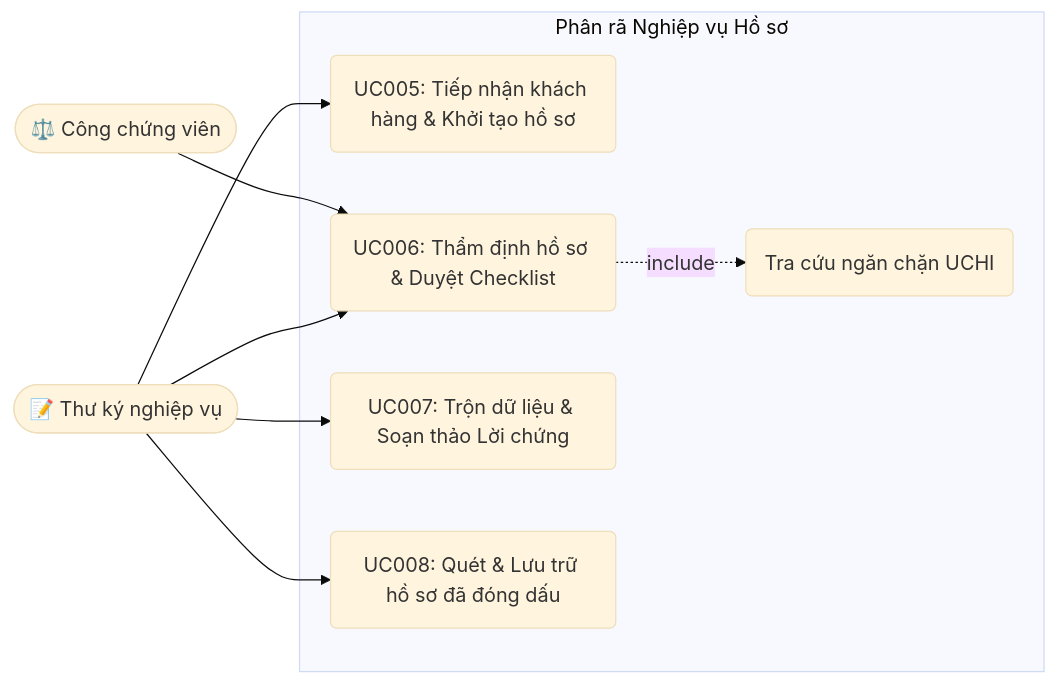
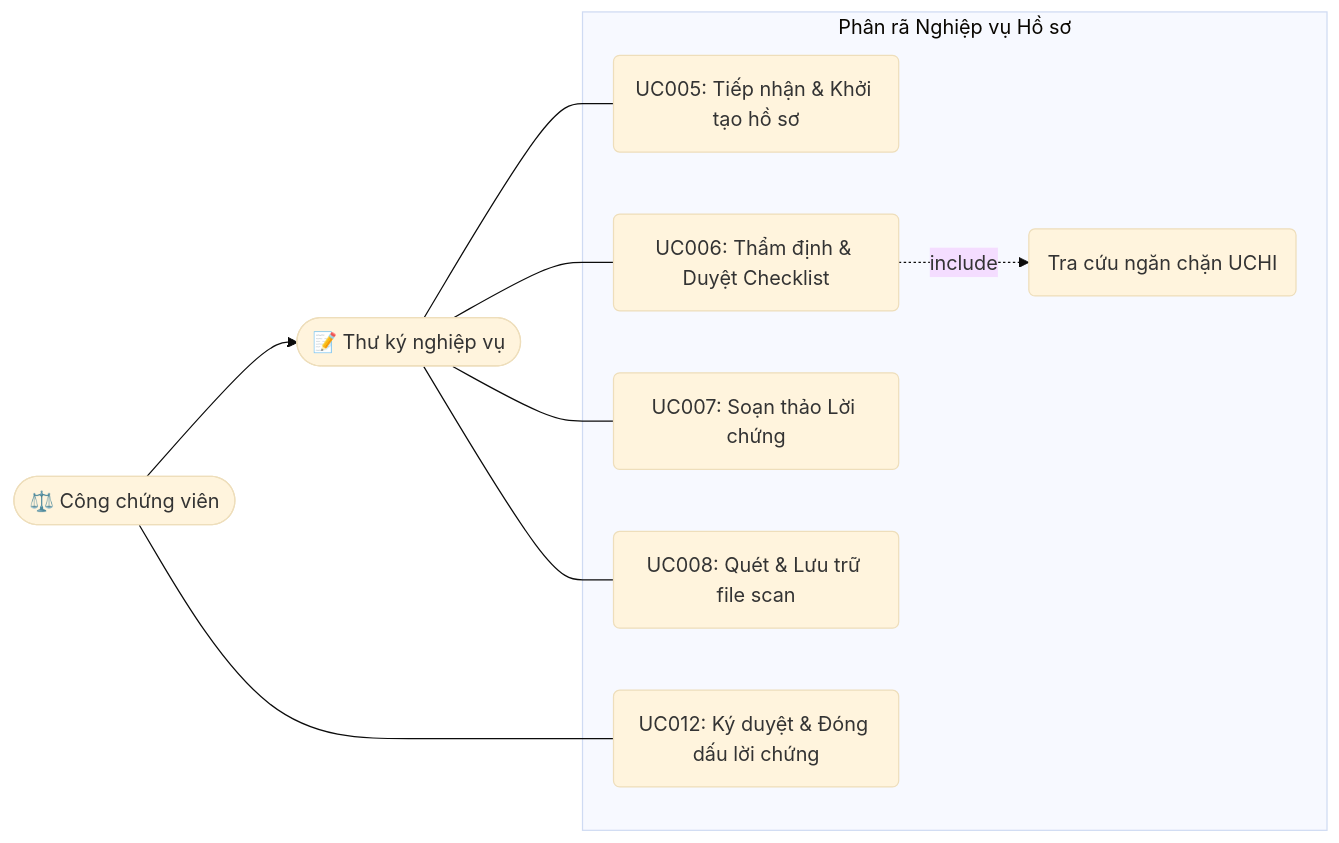
One commit to MinhHoang22/SRS_VPCC changed the third of 4 diagrams in docs/SRS_VPCC.md. Above: the diagram before and after it, drawn with Mermaid (base theme). The commit also changed other lines of this file, not shown here.

````diff
--- a/docs/SRS_VPCC.md
+++ b/docs/SRS_VPCC.md
@@ -240,23 +301,26 @@
 ```mermaid
 flowchart LR
     Sec(["📝 Thư ký nghiệp vụ"])
     CCV(["⚖️ Công chứng viên"])
 
     subgraph Dossier_Decomposed ["Phân rã Nghiệp vụ Hồ sơ"]
-        UC005("UC005: Tiếp nhận khách hàng & Khởi tạo hồ sơ")
-        UC006("UC006: Thẩm định hồ sơ & Duyệt Checklist")
-        UC007("UC007: Trộn dữ liệu & Soạn thảo Lời chứng")
-        UC008("UC008: Quét & Lưu trữ hồ sơ đã đóng dấu")
+        UC005("UC005: Tiếp nhận & Khởi tạo hồ sơ")
+        UC006("UC006: Thẩm định & Duyệt Checklist")
+        UC007("UC007: Soạn thảo Lời chứng")
+        UC008("UC008: Quét & Lưu trữ file scan")
+        UC012("UC012: Ký duyệt & Đóng dấu lời chứng")
         
         UC_UCHI("Tra cứu ngăn chặn UCHI")
     end
 
-    Sec --> UC005
-    Sec --> UC006
-    Sec --> UC007
-    Sec --> UC008
+    CCV --> Sec
 
-    CCV --> UC006
+    Sec --- UC005
+    Sec --- UC006
+    Sec --- UC007
+    Sec --- UC008
+
+    CCV --- UC012
 
     UC006 -.->|include| UC_UCHI
 ```
````
